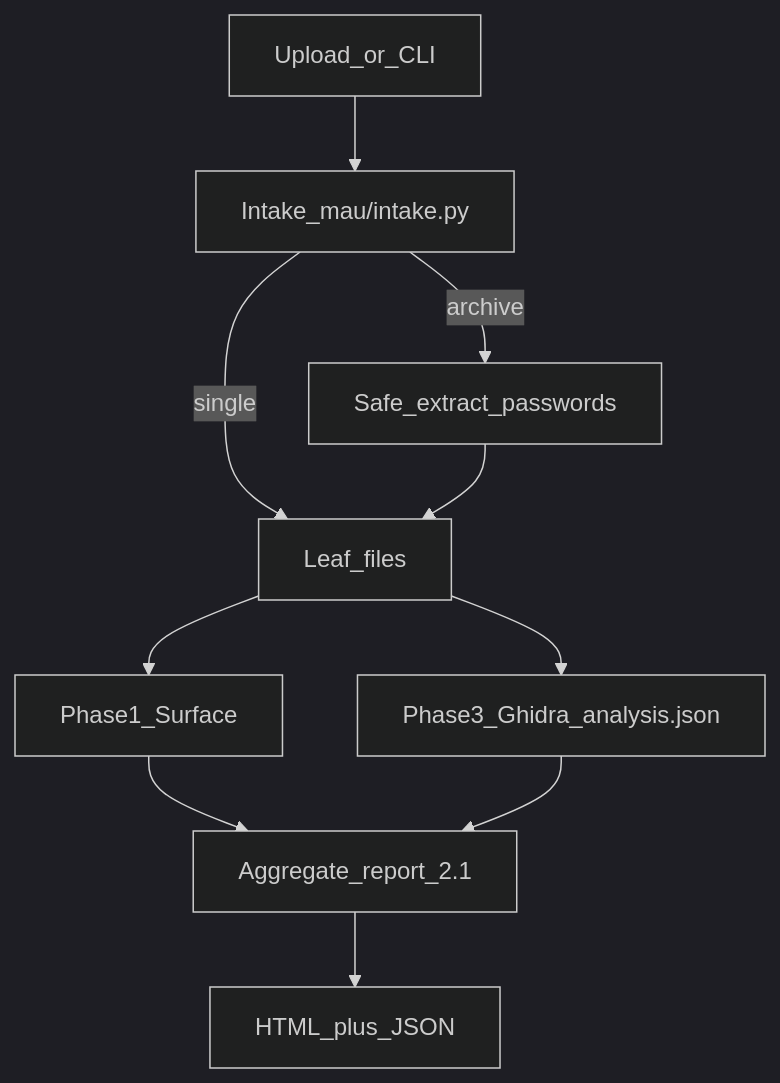
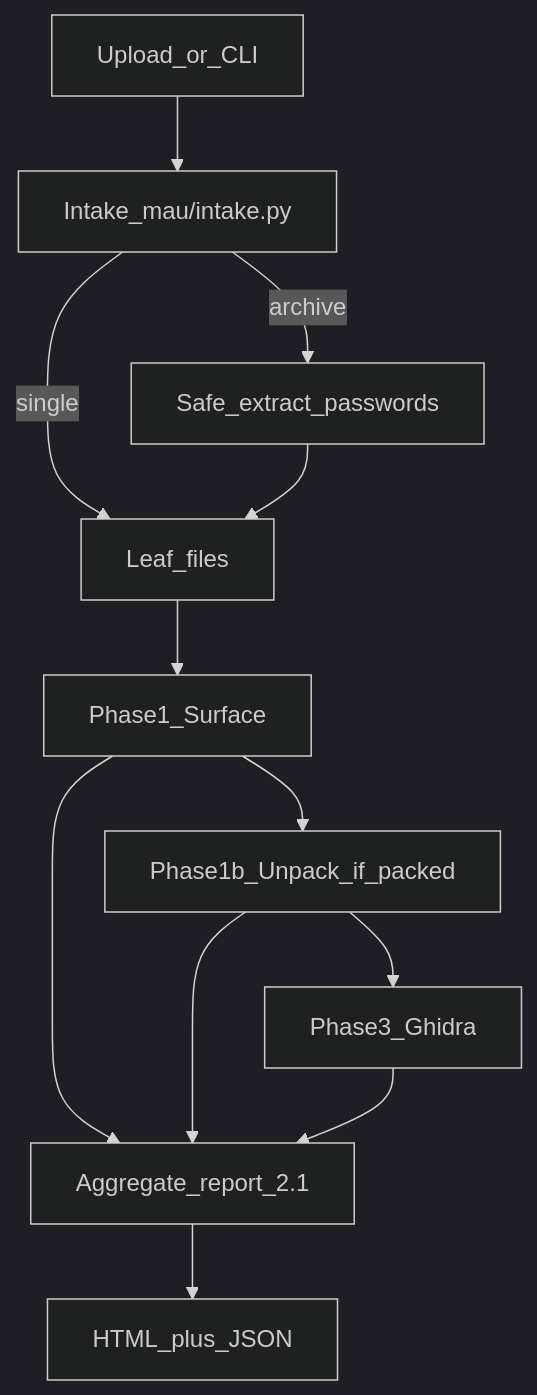
One commit to matrix9neonebuchadnezzar2199-sketch/MalCheck changed the diagram in README.md. Above: the diagram before and after it, drawn with Mermaid (dark theme). The commit also changed other lines of this file and 29 other files, not shown here.

Commit message:
feat(re): anti-analysis rollup, FLOSS, and auto-unpack before Ghidra

````diff
--- a/README.md
+++ b/README.md
@@ -34,12 +35,14 @@
 ```mermaid
 flowchart TD
     upload[Upload_or_CLI] --> intake[Intake_mau/intake.py]
     intake -->|archive| extract[Safe_extract_passwords]
     intake -->|single| leaves[Leaf_files]
     extract --> leaves
     leaves --> surface[Phase1_Surface]
-    leaves --> static[Phase3_Ghidra_analysis.json]
+    surface --> unpack[Phase1b_Unpack_if_packed]
+    unpack --> static[Phase3_Ghidra]
     surface --> merge[Aggregate_report_2.1]
+    unpack --> merge
     static --> merge
     merge --> html[HTML_plus_JSON]
 ```
````
